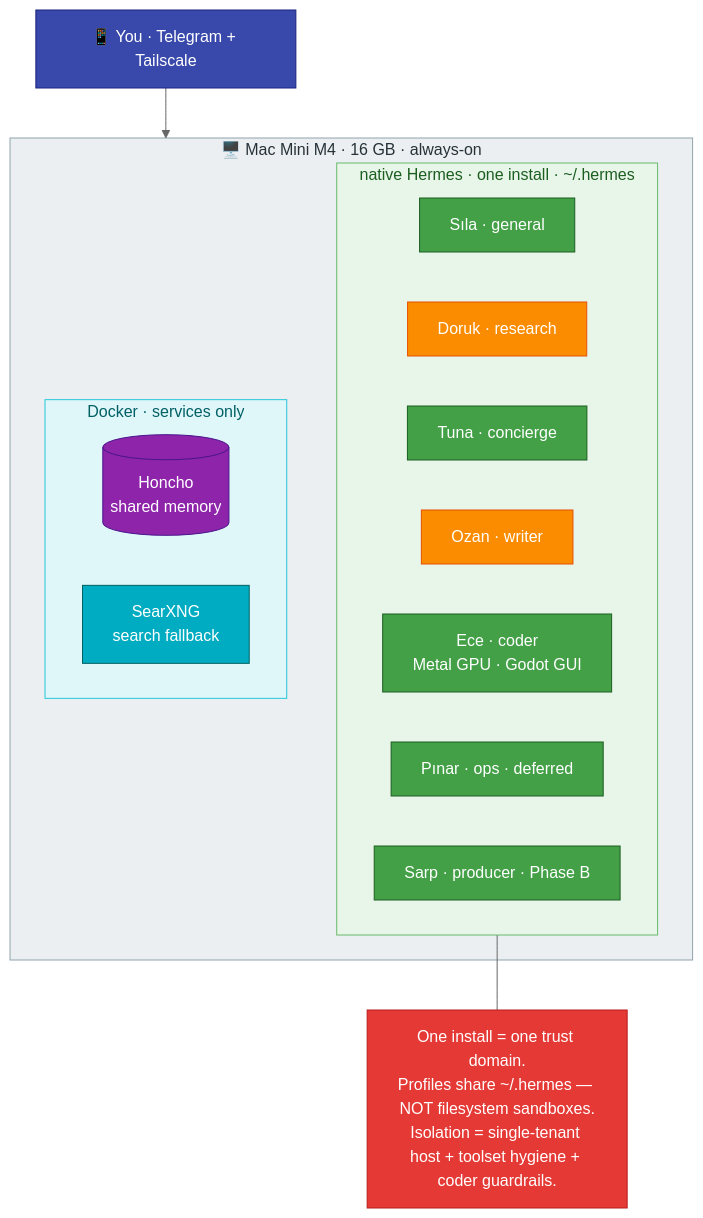
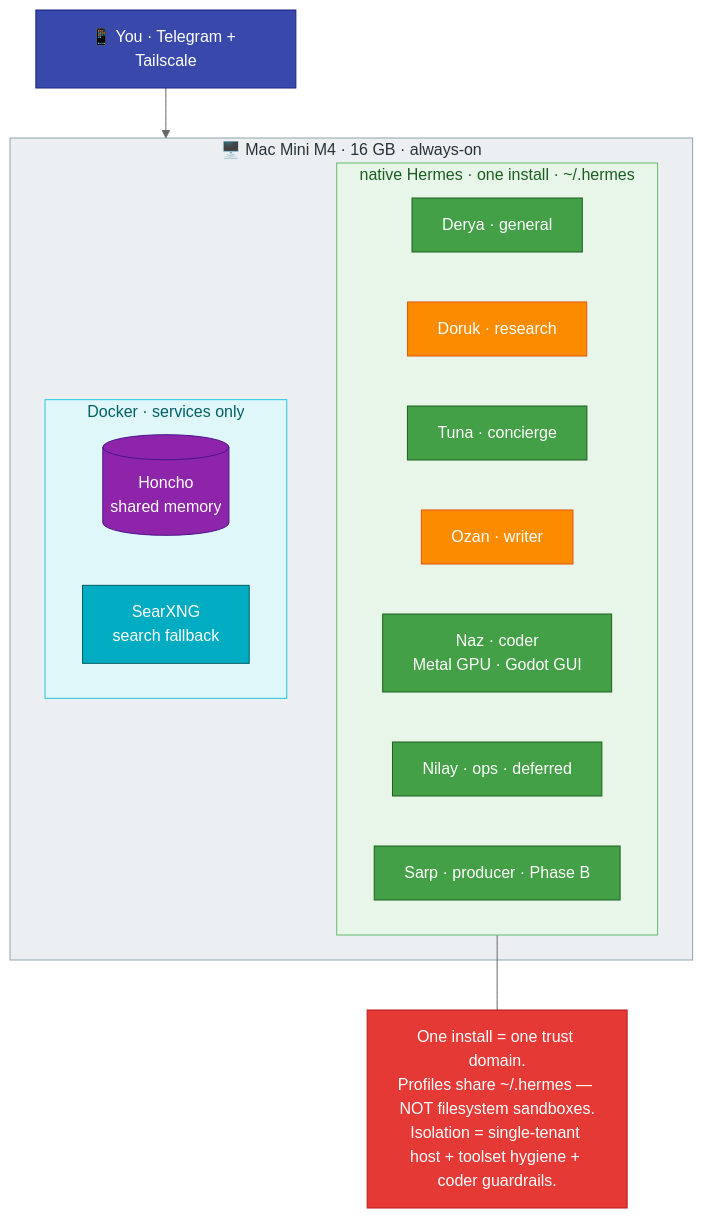
Before and after one commit to mpolatcan/hermes-setup: the diagram in docs/01-architecture.md, drawn with Mermaid (neutral theme). The commit also changed 10 other files, not shown here.

First line of the commit message:
Rename agents: Sila->Derya, Pinar->Nilay, Ece->Naz

````diff
--- a/docs/01-architecture.md
+++ b/docs/01-architecture.md
@@ -7,30 +7,30 @@
 ```mermaid
 flowchart TB
     subgraph mini["🖥️ Mac Mini M4 · 16 GB · always-on"]
         subgraph hermes["native Hermes · one install · ~/.hermes"]
-            k["Sıla · general"]:::mini
+            k["Derya · general"]:::mini
             m["Doruk · research"]:::codex
             u["Tuna · concierge"]:::mini
             w["Ozan · writer"]:::codex
-            c["Ece · coder<br/>Metal GPU · Godot GUI"]:::mini
-            o["Pınar · ops · deferred"]:::mini
+            c["Naz · coder<br/>Metal GPU · Godot GUI"]:::mini
+            o["Nilay · ops · deferred"]:::mini
             p["Sarp · producer · Phase B"]:::mini
         end
         subgraph svc["Docker · services only"]
             Honcho[("Honcho<br/>shared memory")]:::infra
             SearXNG["SearXNG<br/>search fallback"]:::svc
         end
     end
     phone["📱 You · Telegram + Tailscale"]:::user --> mini
     note["One install = one trust domain.<br/>Profiles share ~/.hermes — NOT filesystem sandboxes.<br/>Isolation = single-tenant host + toolset hygiene + coder guardrails."]:::danger
     hermes --- note
     classDef user fill:#3949AB,stroke:#1A237E,color:#fff
     classDef mini fill:#43A047,stroke:#1B5E20,color:#fff
     classDef codex fill:#FB8C00,stroke:#E65100,color:#fff
     classDef infra fill:#8E24AA,stroke:#4A148C,color:#fff
     classDef svc fill:#00ACC1,stroke:#006064,color:#fff
     classDef danger fill:#E53935,stroke:#B71C1C,color:#fff
     style mini fill:#ECEFF1,stroke:#90A4AE,color:#263238
     style hermes fill:#E8F5E9,stroke:#66BB6A,color:#1B5E20
     style svc fill:#E0F7FA,stroke:#26C6DA,color:#006064
 ```
````
